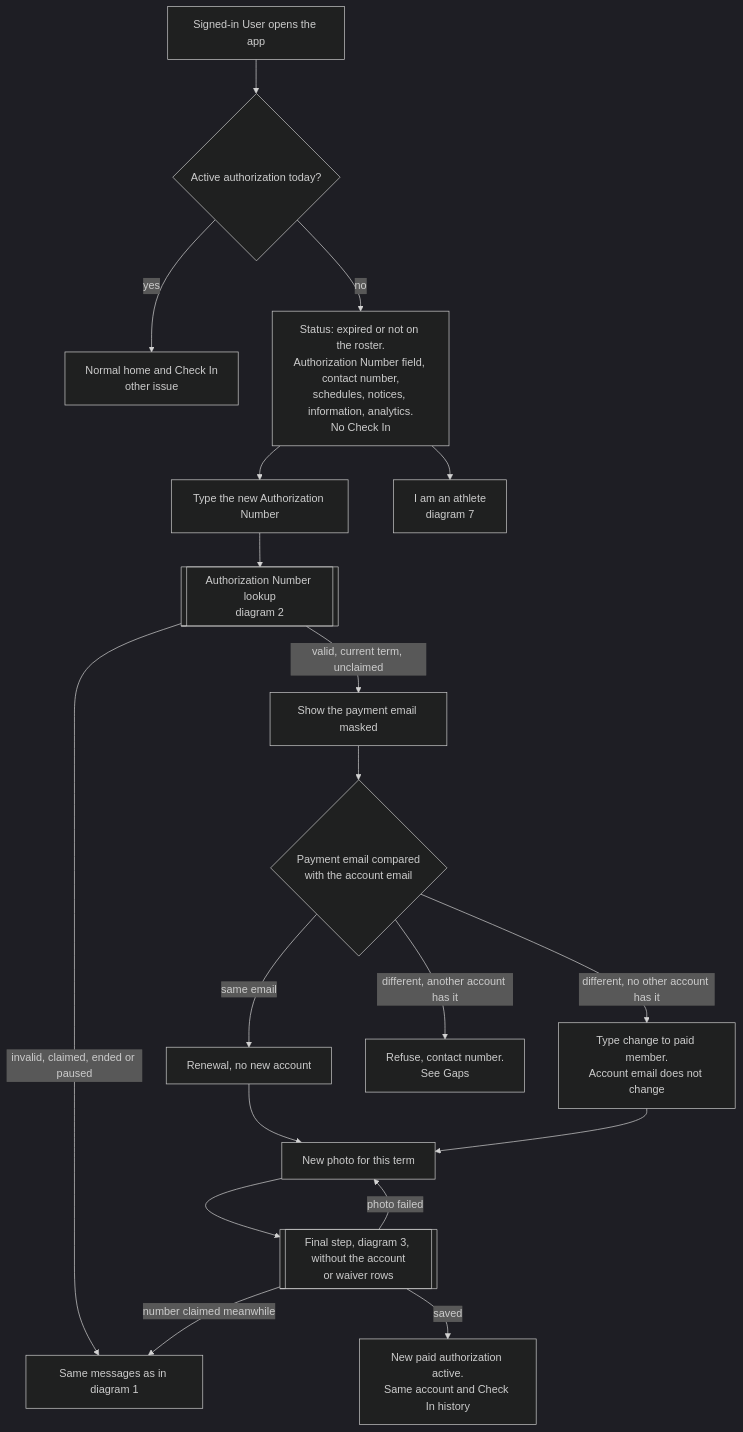
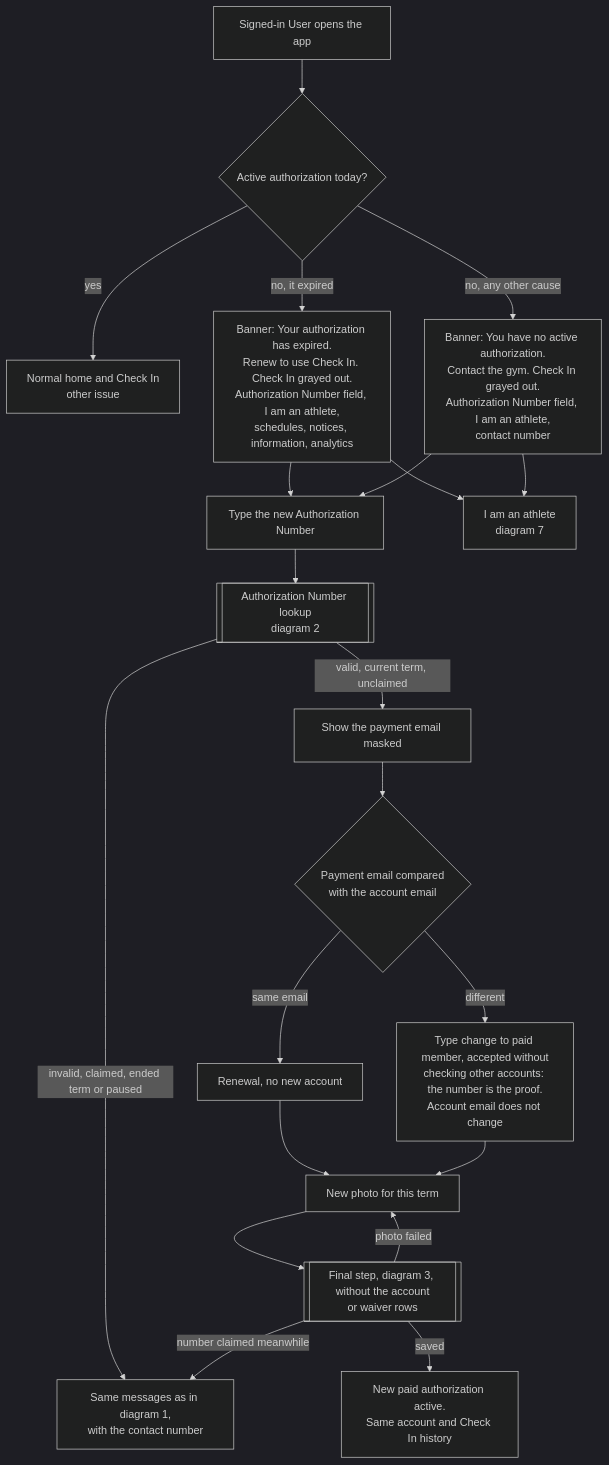
One commit to Th3-Minorities/natatorio-gym-app changed the sixth of 9 diagrams in docs/design/registration-flows.md. Above: the diagram before and after it, drawn with Mermaid (dark theme). The commit also changed other lines of this file, not shown here.

Commit message:
Apply the design review decisions to the registration flows

````diff
--- a/docs/design/registration-flows.md
+++ b/docs/design/registration-flows.md
@@ -188,21 +190,23 @@
 ```mermaid
 flowchart TD
   START["Signed-in User opens the app"] --> ACT{"Active authorization today?"}
   ACT -->|"yes"| CI["Normal home and Check In<br/>other issue"]
-  ACT -->|"no"| HOME["Status: expired or not on the roster.<br/>Authorization Number field, contact number,<br/>schedules, notices, information, analytics.<br/>No Check In"]
+  ACT -->|"no, it expired"| HOME["Banner: Your authorization has expired.<br/>Renew to use Check In. Check In grayed out.<br/>Authorization Number field, I am an athlete,<br/>schedules, notices, information, analytics"]
+  ACT -->|"no, any other cause"| NOA["Banner: You have no active authorization.<br/>Contact the gym. Check In grayed out.<br/>Authorization Number field, I am an athlete,<br/>contact number"]
   HOME --> NUM["Type the new Authorization Number"]
+  NOA --> NUM
   HOME --> ATH["I am an athlete<br/>diagram 7"]
+  NOA --> ATH
   NUM --> LK[["Authorization Number lookup<br/>diagram 2"]]
-  LK -->|"invalid, claimed, ended or paused"| MSG["Same messages as in diagram 1"]
+  LK -->|"invalid, claimed, ended term or paused"| MSG["Same messages as in diagram 1,<br/>with the contact number"]
   LK -->|"valid, current term, unclaimed"| MASK["Show the payment email masked"]
   MASK --> EM{"Payment email compared<br/>with the account email"}
   EM -->|"same email"| RN["Renewal, no new account"]
-  EM -->|"different, no other account has it"| TC["Type change to paid member.<br/>Account email does not change"]
-  EM -->|"different, another account has it"| X1["Refuse, contact number.<br/>See Gaps"]
+  EM -->|"different"| TC["Type change to paid member, accepted without<br/>checking other accounts: the number is the proof.<br/>Account email does not change"]
   RN --> PH["New photo for this term"]
   TC --> PH
   PH --> FIN[["Final step, diagram 3, without the account<br/>or waiver rows"]]
   FIN -->|"photo failed"| PH
   FIN -->|"number claimed meanwhile"| MSG
   FIN -->|"saved"| OK["New paid authorization active.<br/>Same account and Check In history"]
 ```
````
